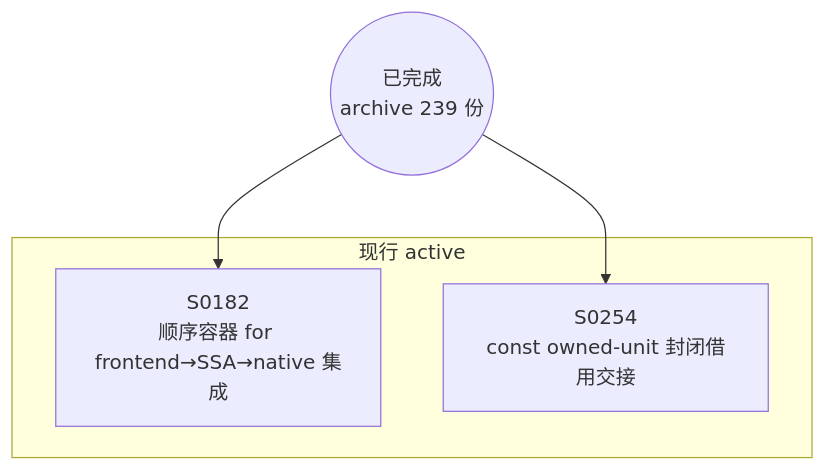
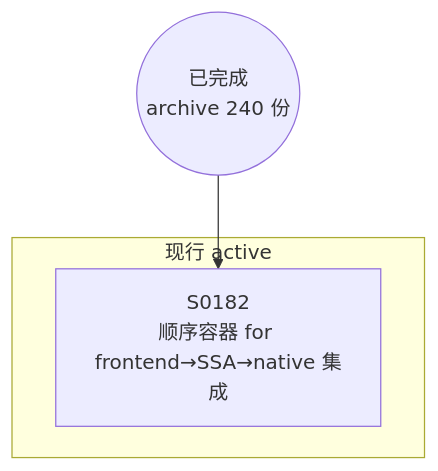
The diagram in docs/specs/dependency-graph.md (Halckon/Koven), drawn with Mermaid before and after one commit. The commit also changed other lines of this file and 14 other files, not shown here.

Commit message:
docs(spec): archive const owned-unit handoff acceptance (SPEC-0254)

````diff
--- a/docs/specs/dependency-graph.md
+++ b/docs/specs/dependency-graph.md
@@ -9,10 +9,8 @@
 ```mermaid
 flowchart TD
-ARCH(("已完成<br/>archive 239 份"))
+ARCH(("已完成<br/>archive 240 份"))
 subgraph Gactive["现行 active"]
   S0182["S0182<br/>顺序容器 for frontend→SSA→native 集成"]
-  S0254["S0254<br/>const owned-unit 封闭借用交接"]
 end
 ARCH --> S0182
-ARCH --> S0254
 ```
````
